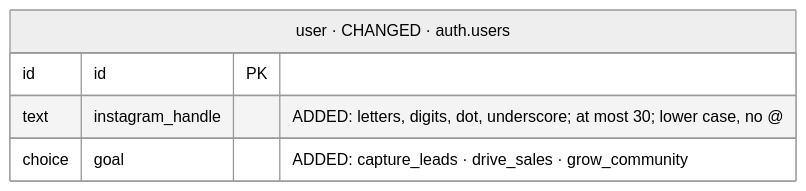
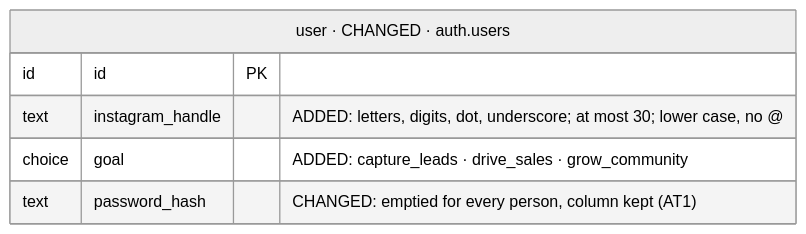
Before and after one commit to albetrios/meepzo-be: diagram 34 of 39 in iterations/feat-instagram-dm-sending-2026-11-23-oxak/plans/db-changes.md, drawn with Mermaid (neutral theme). The commit also changed other lines of this file and 2 other files, not shown here.

````diff
--- a/iterations/feat-instagram-dm-sending-2026-11-23-oxak/plans/db-changes.md
+++ b/iterations/feat-instagram-dm-sending-2026-11-23-oxak/plans/db-changes.md
@@ -1449,8 +1513,9 @@
 ```mermaid
 erDiagram
   user["user · CHANGED · auth.users"] {
     id id PK
     text instagram_handle "ADDED: letters, digits, dot, underscore; at most 30; lower case, no @"
     choice goal "ADDED: capture_leads · drive_sales · grow_community"
+    text password_hash "CHANGED: emptied for every person, column kept (AT1)"
   }
 ```
````
